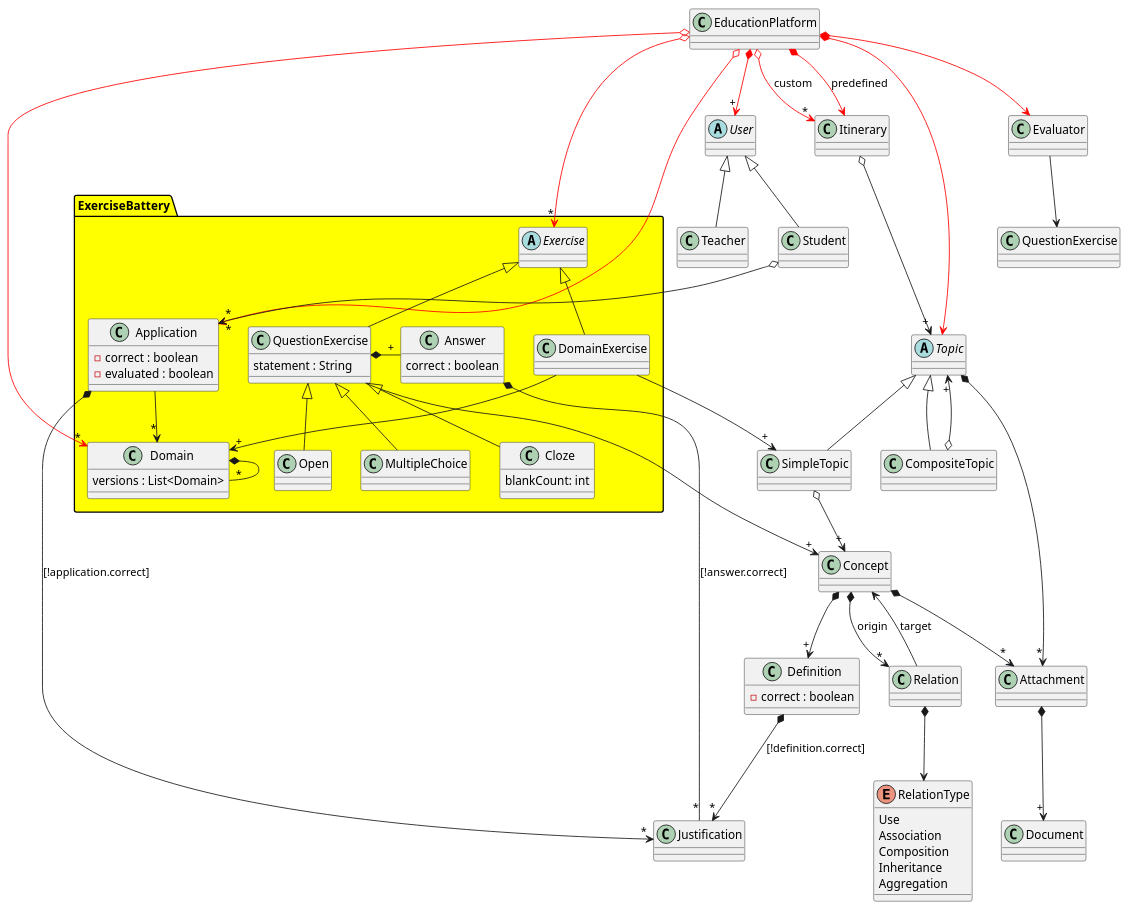
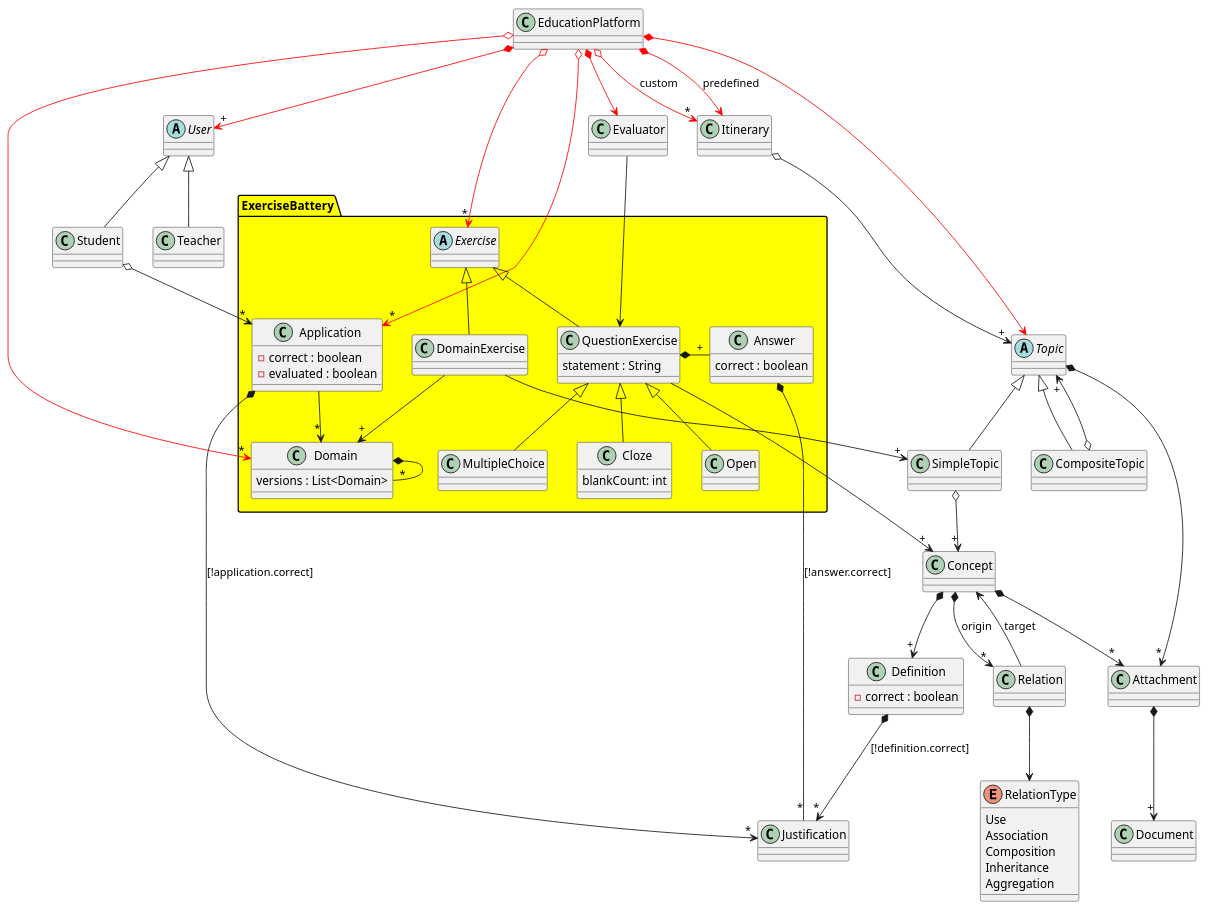
The diagram in Diagrams/EducationPlatform/Domain.puml (jumpering/lab-turing), drawn with PlantUML before and after one commit. The commit also changed 1 other file, not shown here.

```diff
--- a/Diagrams/EducationPlatform/Domain.puml
+++ b/Diagrams/EducationPlatform/Domain.puml
@@ -1,126 +1,126 @@
 @startuml EducationPlatformDomain
 
 EducationPlatform *-[#red]-> "+" User
 EducationPlatform *-[#red]-> Topic
 EducationPlatform *-[#red]-> Itinerary : predefined
 EducationPlatform o-[#red]-> "*" Itinerary : custom
 EducationPlatform *-[#red]-> Evaluator
 EducationPlatform o-[#red]-> "*" ExerciseBattery.Exercise
 EducationPlatform o-[#red]-> "*" ExerciseBattery.Domain
 EducationPlatform o-[#red]-> "*" ExerciseBattery.Application
 
 abstract User{
 }
 
 User <|-- Teacher
 User <|-- Student
 
 class Teacher{
 }
 
 class Student{
 }
 Student o--> "*" ExerciseBattery.Application
 
 class Evaluator{
 }
-Evaluator --> QuestionExercise
+Evaluator --> ExerciseBattery.QuestionExercise
 
 class Itinerary {
 }
 Itinerary o--> "+" Topic
 
 class Definition {
     - correct : boolean
 }
 Definition *--> "*" Justification:[!definition.correct]
 
 class Justification {
 }
 
 abstract Topic{
 }
 Topic <|-- CompositeTopic
 Topic <|-- SimpleTopic
 Topic *--> "*" Attachment
 
 class Attachment{
 }
 Attachment *--> "+" Document
 
 class SimpleTopic{
 }
 SimpleTopic o--> "+" Concept
 
 class CompositeTopic{
 }
 CompositeTopic o--> "+" Topic
 
 class Document{}
 
 class Concept{
 }
 Concept *-down-> "+" Definition
 Concept *-down-> "*" Relation : origin
 Concept *-down-> "*" Attachment
 
 class Relation {
 }
 Relation --> Concept : target
 Relation *-down-> RelationType
 
 enum RelationType {
     Use
     Association
     Composition
     Inheritance
     Aggregation
 } 
 
 package ExerciseBattery #yellow{
 
     abstract Exercise {
     }
     Exercise <|-- ExerciseBattery.QuestionExercise
     Exercise <|-- DomainExercise
 
     class DomainExercise{
 
     }
     DomainExercise --> "+" Domain
     DomainExercise --> "+" SimpleTopic
 
     class Domain{
         versions : List<Domain>
     }
     Domain *-- "*" Domain
     'Domain *-- "+" ExerciseBattery.Application
    ExerciseBattery.Application --> "*" Domain
     class QuestionExercise{
         statement : String
     }
     QuestionExercise <|-- MultipleChoice
     QuestionExercise <|-- Cloze
     QuestionExercise <|-- Open
     QuestionExercise --> "+" Concept
     QuestionExercise *-left- "+" Answer
 
     class Answer{
         correct : boolean
     }
     Answer *-- "*" Justification : [!answer.correct]
 
     class Cloze{
         blankCount: int
     }
     
     class MultipleChoice{
     }
 
     class Application{
         - correct : boolean
         - evaluated : boolean
     }
     Application *--> "*" Justification:[!application.correct]
 }
 @enduml
```
